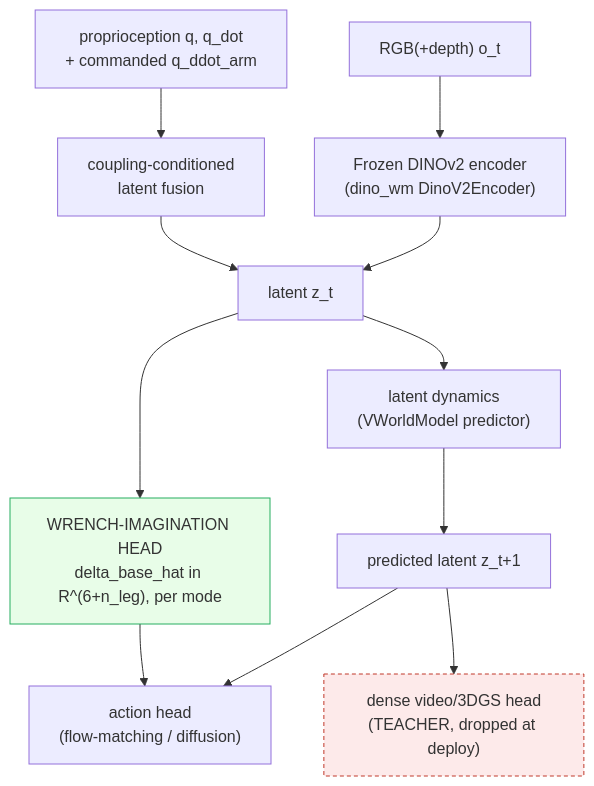
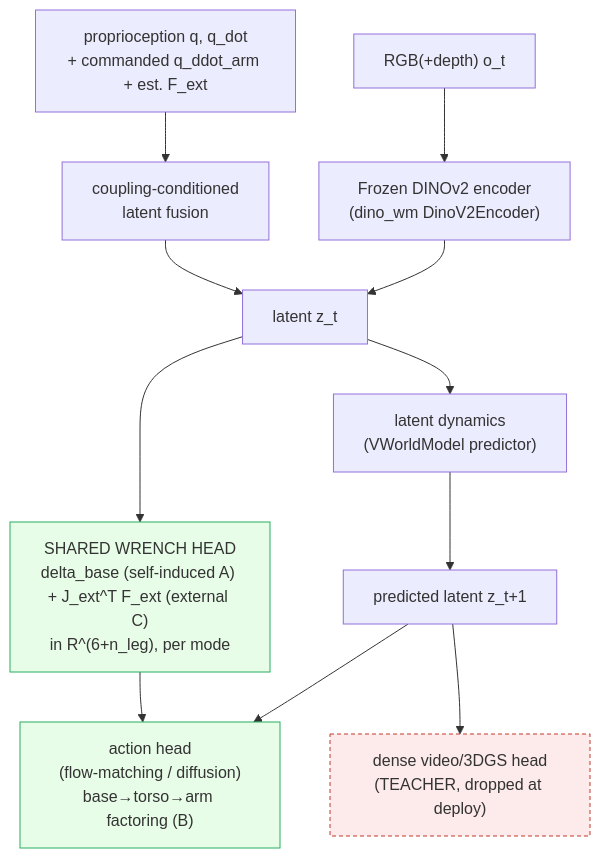
One commit to ChuaHanChong/ResearchBrain changed the first of 2 diagrams in _Projects_/Research-Directions/Focus-Direction-Research-Plan-detailed.md. Above: the diagram before and after it, drawn with Mermaid. The commit also changed other lines of this file and 4 other files, not shown here.

First line of the commit message:
refactor(Research-Directions): cluster-level falsifiers, co-equal WB.A/B/C, drop paper/timeline, content fixes

````diff
--- a/_Projects_/Research-Directions/Focus-Direction-Research-Plan-detailed.md
+++ b/_Projects_/Research-Directions/Focus-Direction-Research-Plan-detailed.md
@@ -99,15 +135,16 @@
 ```mermaid
 graph TD
     O["RGB(+depth) o_t"] --> E["Frozen DINOv2 encoder<br/>(dino_wm DinoV2Encoder)"]
-    P["proprioception q, q_dot<br/>+ commanded q_ddot_arm"] --> C["coupling-conditioned<br/>latent fusion"]
+    P["proprioception q, q_dot<br/>+ commanded q_ddot_arm + est. F_ext"] --> C["coupling-conditioned<br/>latent fusion"]
     E --> Z["latent z_t"]
     C --> Z
     Z --> D["latent dynamics<br/>(VWorldModel predictor)"]
     D --> Zp["predicted latent z_t+1"]
-    Z --> W["WRENCH-IMAGINATION HEAD<br/>delta_base_hat in R^(6+n_leg), per mode"]
-    Zp --> A["action head<br/>(flow-matching / diffusion)"]
+    Z --> W["SHARED WRENCH HEAD<br/>delta_base (self-induced A) + J_ext^T F_ext (external C)<br/>in R^(6+n_leg), per mode"]
+    Zp --> A["action head<br/>(flow-matching / diffusion)<br/>base→torso→arm factoring (B)"]
     Zp --> V["dense video/3DGS head<br/>(TEACHER, dropped at deploy)"]
     W --> A
     style W fill:#e8fde8,stroke:#27ae60
+    style A fill:#e8fde8,stroke:#27ae60
     style V fill:#fdeaea,stroke:#c0392b,stroke-dasharray: 4 3
 ```
````
